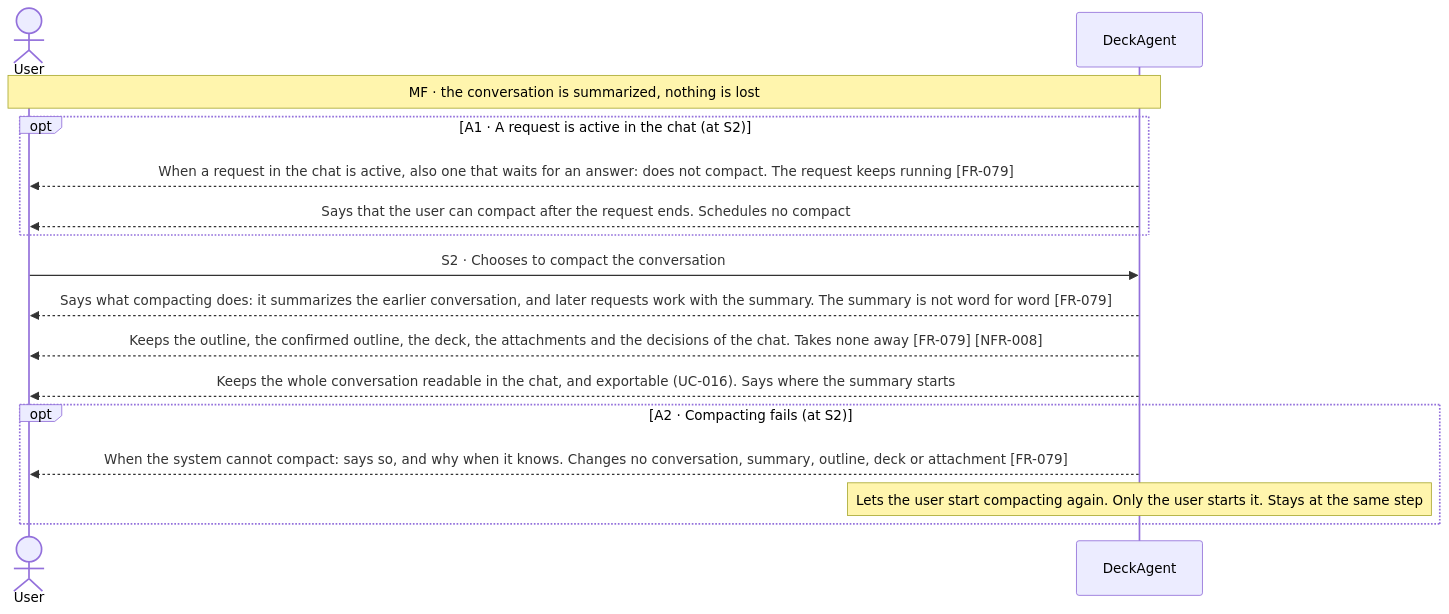
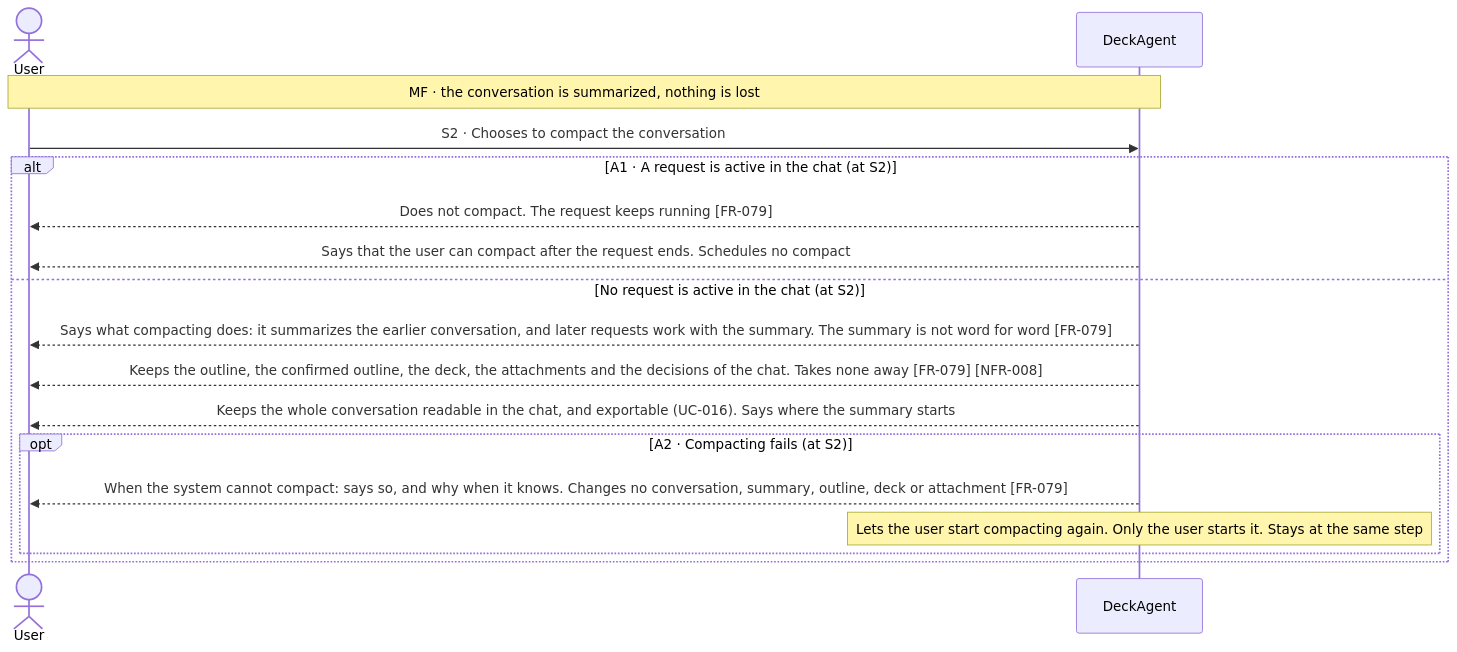
The second of 2 diagrams in docs/spec/03-use-cases/UC-015.md (Luke23127006/DeckAgent), drawn with Mermaid before and after one commit. The commit also changed other lines of this file and 19 other files, not shown here.

Commit message:
docs(spec): fix permission boundary, diagram branches and spec cleanup

````diff
--- a/docs/spec/03-use-cases/UC-015.md
+++ b/docs/spec/03-use-cases/UC-015.md
@@ -52,18 +52,19 @@
 ```mermaid
 sequenceDiagram
     actor User
     participant DeckAgent
     Note over User,DeckAgent: MF · the conversation is summarized, nothing is lost
-    opt A1 · A request is active in the chat (at S2)
-        DeckAgent-->>User: When a request in the chat is active, also one that waits for an answer: does not compact. The request keeps running [FR-079]
+    User->>DeckAgent: S2 · Chooses to compact the conversation
+    alt A1 · A request is active in the chat (at S2)
+        DeckAgent-->>User: Does not compact. The request keeps running [FR-079]
         DeckAgent-->>User: Says that the user can compact after the request ends. Schedules no compact
-    end
-    User->>DeckAgent: S2 · Chooses to compact the conversation
-    DeckAgent-->>User: Says what compacting does: it summarizes the earlier conversation, and later requests work with the summary. The summary is not word for word [FR-079]
-    DeckAgent-->>User: Keeps the outline, the confirmed outline, the deck, the attachments and the decisions of the chat. Takes none away [FR-079] [NFR-008]
-    DeckAgent-->>User: Keeps the whole conversation readable in the chat, and exportable (UC-016). Says where the summary starts
-    opt A2 · Compacting fails (at S2)
-        DeckAgent-->>User: When the system cannot compact: says so, and why when it knows. Changes no conversation, summary, outline, deck or attachment [FR-079]
-        note over DeckAgent: Lets the user start compacting again. Only the user starts it. Stays at the same step
+    else No request is active in the chat (at S2)
+        DeckAgent-->>User: Says what compacting does: it summarizes the earlier conversation, and later requests work with the summary. The summary is not word for word [FR-079]
+        DeckAgent-->>User: Keeps the outline, the confirmed outline, the deck, the attachments and the decisions of the chat. Takes none away [FR-079] [NFR-008]
+        DeckAgent-->>User: Keeps the whole conversation readable in the chat, and exportable (UC-016). Says where the summary starts
+        opt A2 · Compacting fails (at S2)
+            DeckAgent-->>User: When the system cannot compact: says so, and why when it knows. Changes no conversation, summary, outline, deck or attachment [FR-079]
+            note over DeckAgent: Lets the user start compacting again. Only the user starts it. Stays at the same step
+        end
     end
 ```
````
